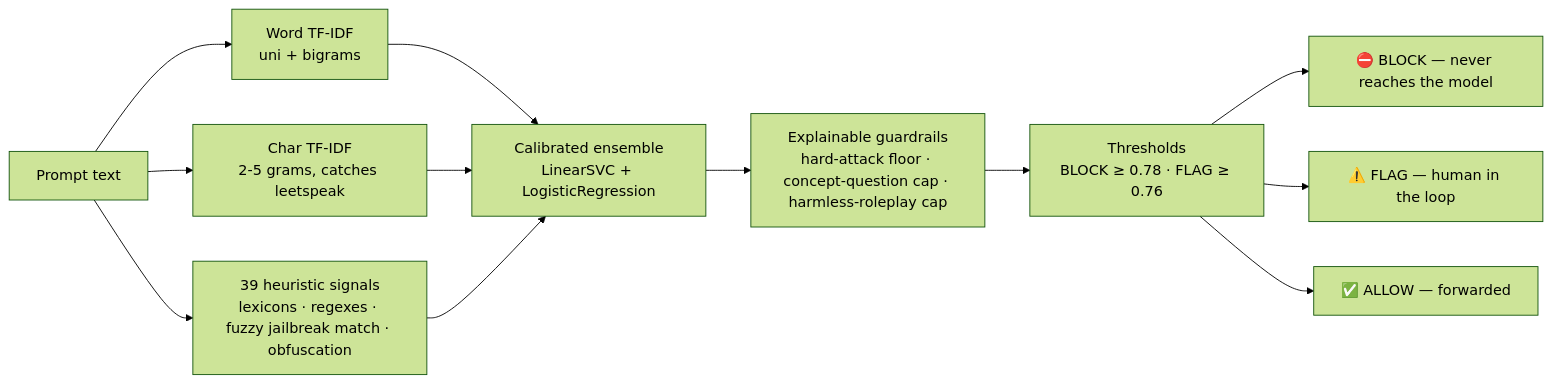
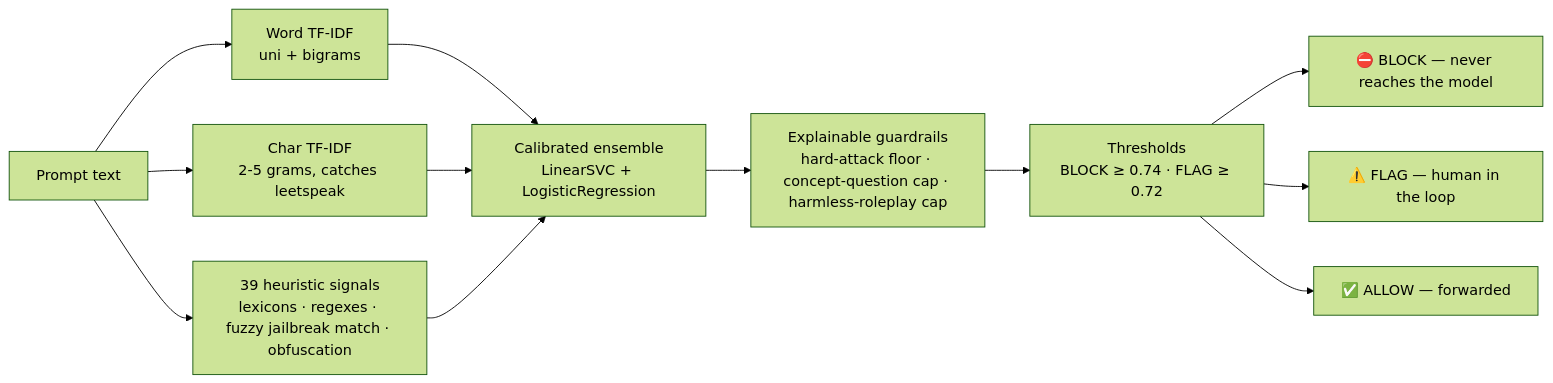
One commit to yashchavan24/prompt-injection-detector changed the second of 5 diagrams in README.md. Above: the diagram before and after it, drawn with Mermaid (forest theme). The commit also changed other lines of this file and 8 other files, not shown here.

````diff
--- a/README.md
+++ b/README.md
@@ -78,14 +89,14 @@
 ```mermaid
 flowchart LR
     IN["Prompt text"] --> F1["Word TF-IDF<br/>uni + bigrams"]
     IN --> F2["Char TF-IDF<br/>2-5 grams, catches leetspeak"]
     IN --> F3["39 heuristic signals<br/>lexicons · regexes · fuzzy jailbreak match · obfuscation"]
     F1 --> ENS["Calibrated ensemble<br/>LinearSVC + LogisticRegression"]
     F2 --> ENS
     F3 --> ENS
     ENS --> GR["Explainable guardrails<br/>hard-attack floor · concept-question cap · harmless-roleplay cap"]
-    GR --> TH["Thresholds<br/>BLOCK ≥ 0.78 · FLAG ≥ 0.76"]
+    GR --> TH["Thresholds<br/>BLOCK ≥ 0.74 · FLAG ≥ 0.72"]
     TH --> B["⛔ BLOCK — never reaches the model"]
     TH --> FL["⚠️ FLAG — human in the loop"]
     TH --> AL["✅ ALLOW — forwarded"]
 ```
````
